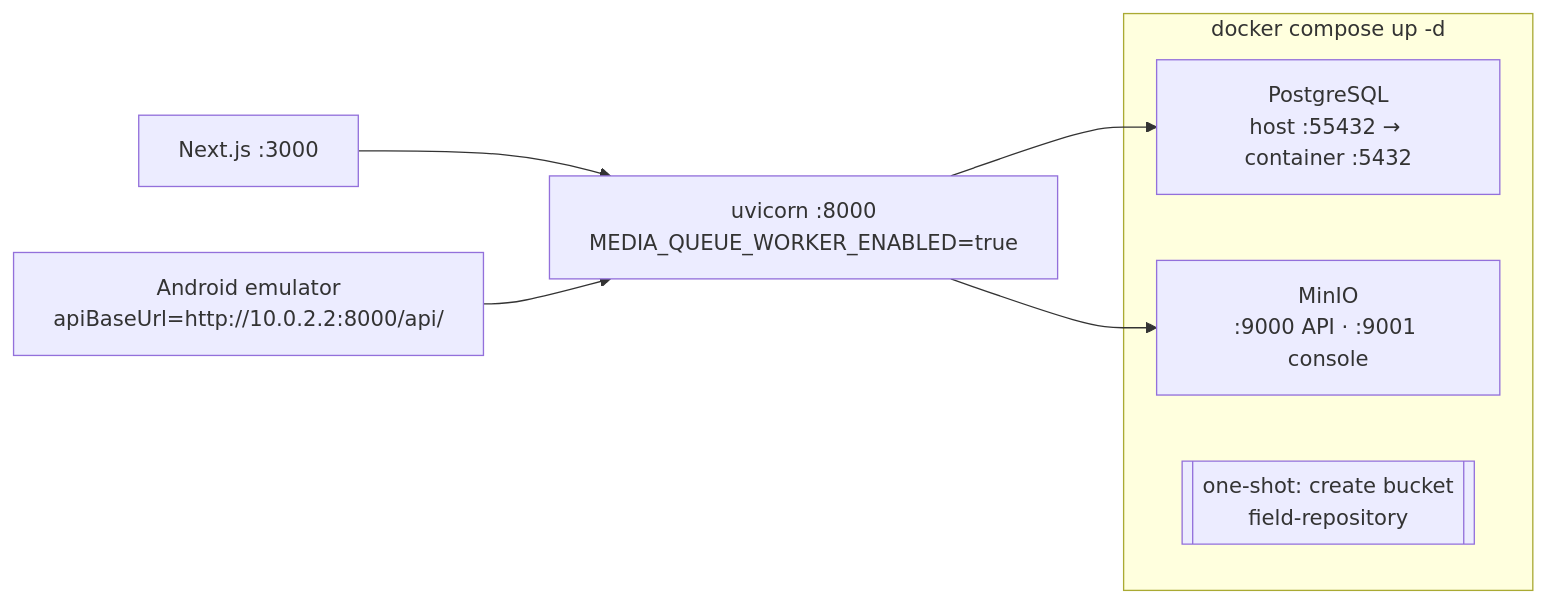
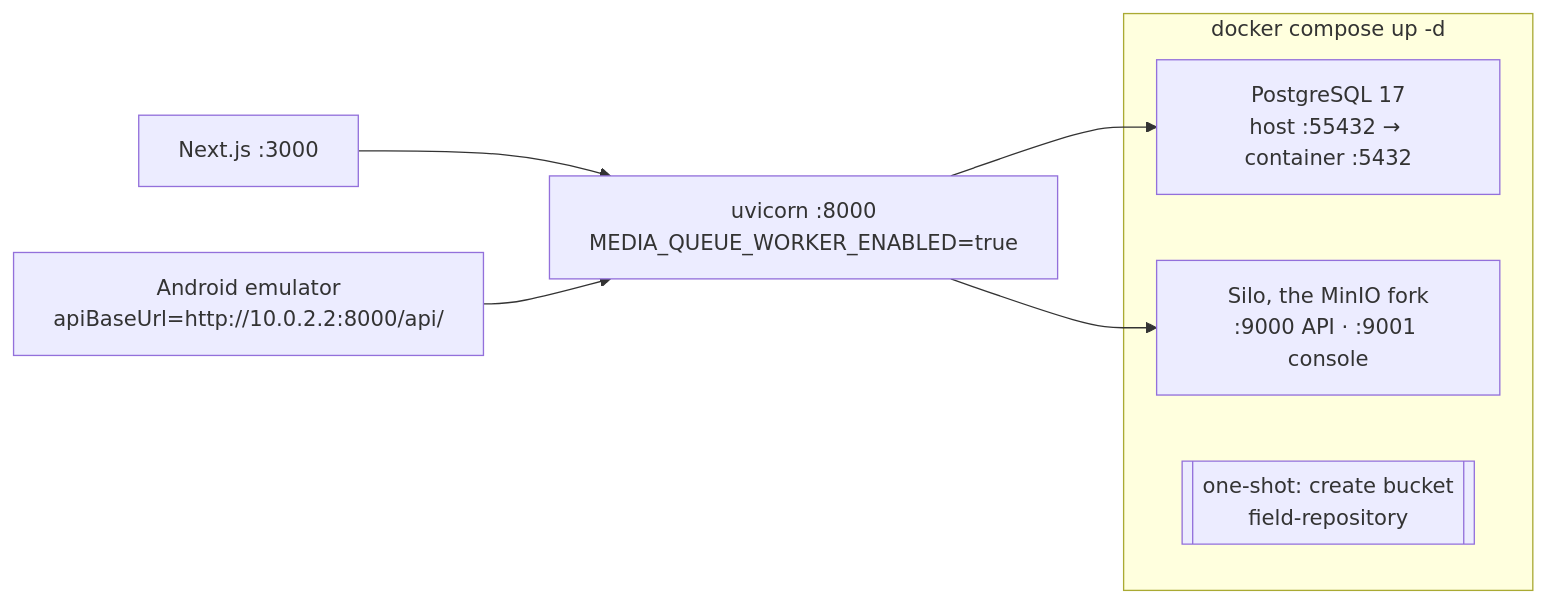
Before and after one commit to cxacraftecosystem-ui/documentation-portal: diagram 13 of 13 in docs/ARCHITECTURE.md, drawn with Mermaid. The commit also changed other lines of this file and 7 other files, not shown here.

````diff
--- a/docs/ARCHITECTURE.md
+++ b/docs/ARCHITECTURE.md
@@ -547,16 +547,16 @@
 ```mermaid
 flowchart LR
   subgraph compose["docker compose up -d"]
-    pg[PostgreSQL<br/>host :55432 → container :5432]
-    minio[MinIO<br/>:9000 API · :9001 console]
+    pg[PostgreSQL 17<br/>host :55432 → container :5432]
+    minio[Silo, the MinIO fork<br/>:9000 API · :9001 console]
     bucket[[one-shot: create bucket<br/>field-repository]]
   end
   next["Next.js :3000"]
   fastapi["uvicorn :8000<br/>MEDIA_QUEUE_WORKER_ENABLED=true"]
   kotlin["Android emulator<br/>apiBaseUrl=http://10.0.2.2:8000/api/"]
 
   next --> fastapi
   kotlin --> fastapi
   fastapi --> pg
   fastapi --> minio
 ```
````
